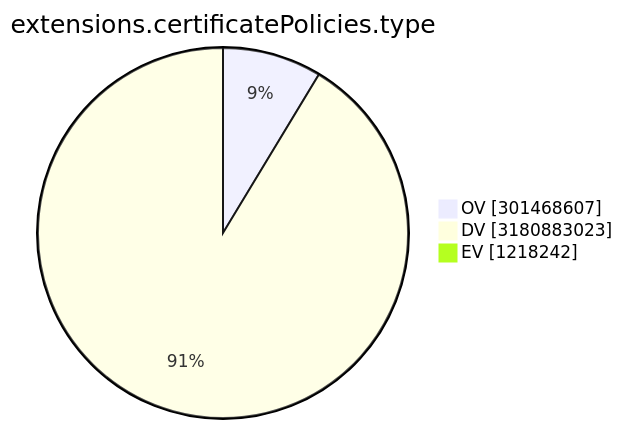
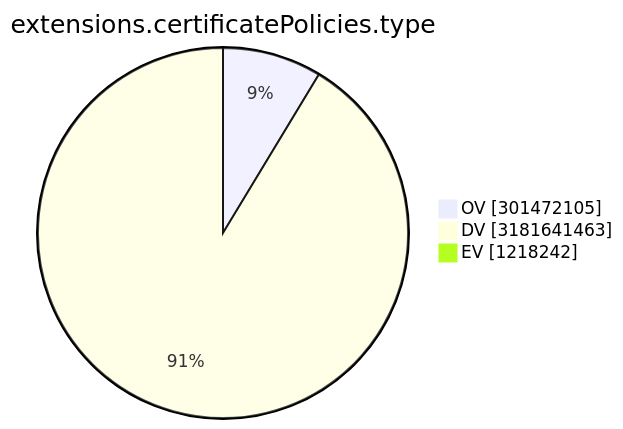
The ninth of 15 diagrams in TOTAL/README.md (christiankrug/ctmonitor_visualization), drawn with Mermaid before and after one commit. The commit also changed other lines of this file, not shown here.

````diff
--- a/TOTAL/README.md
+++ b/TOTAL/README.md
@@ -3106,7 +3106,7 @@
 ```mermaid
 pie showData
 title extensions.certificatePolicies.type
-"OV" :301468607
-"DV" :3180883023
+"OV" :301472105
+"DV" :3181641463
 "EV" :1218242
 ```
````
